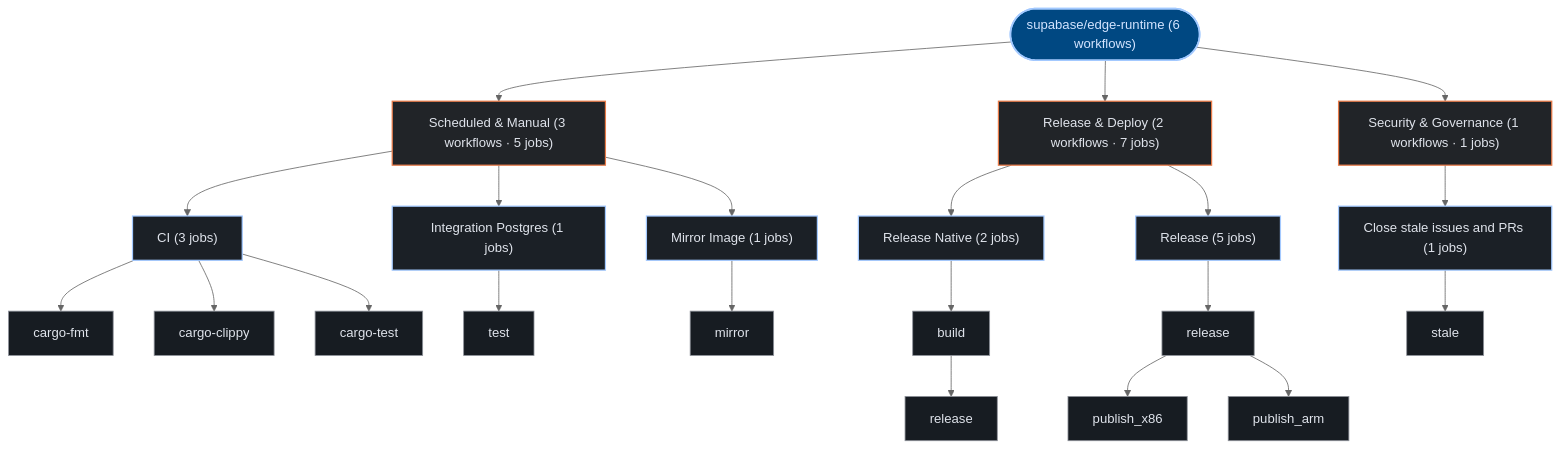
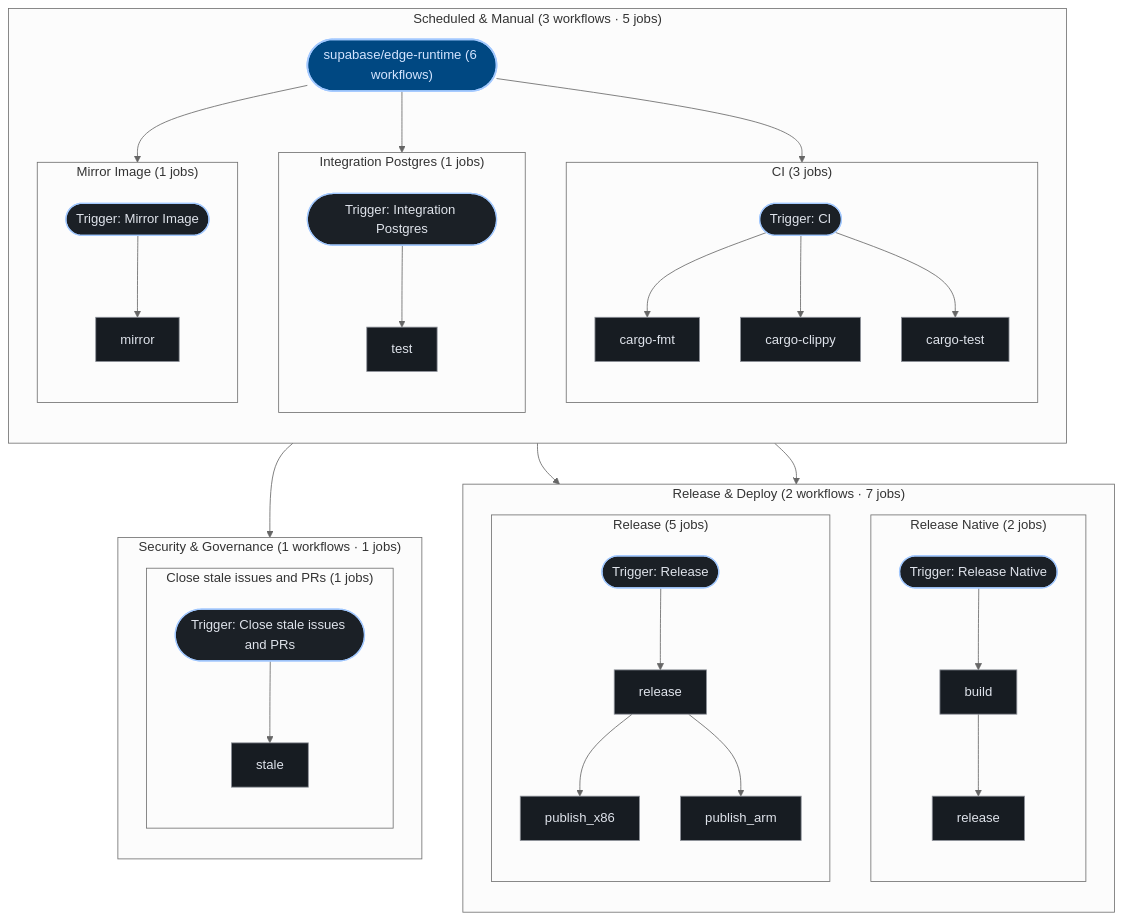
Before and after one commit to kumarshaz/atruss-code-atlas: the third of 3 diagrams in exports/latest/reports/supabase-edge-runtime-report.md, drawn with Mermaid (neutral theme). The commit also changed 181 other files, not shown here.

````diff
--- a/exports/latest/reports/supabase-edge-runtime-report.md
+++ b/exports/latest/reports/supabase-edge-runtime-report.md
@@ -292,51 +292,72 @@
 ```mermaid
 graph TD;
   classDef atlasRoot fill:#004882,stroke:#a3c9ff,stroke-width:2px,color:#d3e4ff
   classDef atlasCategory fill:#212428,stroke:#E87A48,stroke-width:1.5px,color:#dfe3eb
   classDef atlasWorkflow fill:#1b2026,stroke:#a3c9ff,stroke-width:1.5px,color:#dfe3eb
   classDef atlasJob fill:#171c22,stroke:#8d9199,stroke-width:1px,color:#dfe3eb
   classDef atlasTarget fill:#005227,stroke:#8bd99b,stroke-width:1.5px,color:#a7f6b6
   classDef atlasAlert fill:#93000a,stroke:#ffb4ab,stroke-width:1.5px,color:#ffdad6
   classDef atlasMore fill:#252a31,stroke:#8d9199,stroke-dasharray:4 4,color:#c3c6cf
   pipeline_root(["supabase/edge-runtime (6 workflows)"]):::atlasRoot
-  grp_0_Scheduled___Manual["Scheduled & Manual (3 workflows · 5 jobs)"]:::atlasCategory
-  pipeline_root --> grp_0_Scheduled___Manual
-  wf_0_CI["CI (3 jobs)"]:::atlasWorkflow
-  grp_0_Scheduled___Manual --> wf_0_CI
-  job_0_cargo_fmt["cargo-fmt"]:::atlasJob
-  job_0_cargo_clippy["cargo-clippy"]:::atlasJob
-  job_0_cargo_test["cargo-test"]:::atlasJob
-  wf_0_CI --> job_0_cargo_fmt
-  wf_0_CI --> job_0_cargo_clippy
-  wf_0_CI --> job_0_cargo_test
-  wf_1_Integration_Postgres["Integration Postgres (1 jobs)"]:::atlasWorkflow
-  grp_0_Scheduled___Manual --> wf_1_Integration_Postgres
-  job_1_test["test"]:::atlasJob
-  wf_1_Integration_Postgres --> job_1_test
-  wf_2_Mirror_Image["Mirror Image (1 jobs)"]:::atlasWorkflow
-  grp_0_Scheduled___Manual --> wf_2_Mirror_Image
-  job_2_mirror["mirror"]:::atlasJob
-  wf_2_Mirror_Image --> job_2_mirror
-  grp_1_Release___Deploy["Release & Deploy (2 workflows · 7 jobs)"]:::atlasCategory
-  pipeline_root --> grp_1_Release___Deploy
-  wf_3_Release_Native["Release Native (2 jobs)"]:::atlasWorkflow
-  grp_1_Release___Deploy --> wf_3_Release_Native
-  job_3_build["build"]:::atlasJob
-  job_3_release["release"]:::atlasJob
-  wf_3_Release_Native --> job_3_build
-  job_3_build --> job_3_release
-  wf_4_Release["Release (5 jobs)"]:::atlasWorkflow
-  grp_1_Release___Deploy --> wf_4_Release
-  job_4_release["release"]:::atlasJob
-  job_4_publish_x86["publish_x86"]:::atlasJob
-  job_4_publish_arm["publish_arm"]:::atlasJob
-  wf_4_Release --> job_4_release
-  job_4_release --> job_4_publish_x86
-  job_4_release --> job_4_publish_arm
-  grp_2_Security___Governance["Security & Governance (1 workflows · 1 jobs)"]:::atlasCategory
-  pipeline_root --> grp_2_Security___Governance
-  wf_5_Close_stale_issues_and_PRs["Close stale issues and PRs (1 jobs)"]:::atlasWorkflow
-  grp_2_Security___Governance --> wf_5_Close_stale_issues_and_PRs
-  job_5_stale["stale"]:::atlasJob
-  wf_5_Close_stale_issues_and_PRs --> job_5_stale
+  subgraph sg_grp_0_Scheduled___Manual["Scheduled & Manual (3 workflows · 5 jobs)"]
+    direction TB
+    subgraph sg_wf_0_CI["CI (3 jobs)"]
+      direction TB
+      wf_0_CI(["Trigger: CI"]):::atlasWorkflow
+      job_0_cargo_fmt["cargo-fmt"]:::atlasJob
+      job_0_cargo_clippy["cargo-clippy"]:::atlasJob
+      job_0_cargo_test["cargo-test"]:::atlasJob
+      wf_0_CI --> job_0_cargo_fmt
+      wf_0_CI --> job_0_cargo_clippy
+      wf_0_CI --> job_0_cargo_test
+    end
+    pipeline_root --> wf_0_CI
+    subgraph sg_wf_1_Integration_Postgres["Integration Postgres (1 jobs)"]
+      direction TB
+      wf_1_Integration_Postgres(["Trigger: Integration Postgres"]):::atlasWorkflow
+      job_1_test["test"]:::atlasJob
+      wf_1_Integration_Postgres --> job_1_test
+    end
+    pipeline_root --> wf_1_Integration_Postgres
+    subgraph sg_wf_2_Mirror_Image["Mirror Image (1 jobs)"]
+      direction TB
+      wf_2_Mirror_Image(["Trigger: Mirror Image"]):::atlasWorkflow
+      job_2_mirror["mirror"]:::atlasJob
+      wf_2_Mirror_Image --> job_2_mirror
+    end
+    pipeline_root --> wf_2_Mirror_Image
+  end
+  subgraph sg_grp_1_Release___Deploy["Release & Deploy (2 workflows · 7 jobs)"]
+    direction TB
+    subgraph sg_wf_3_Release_Native["Release Native (2 jobs)"]
+      direction TB
+      wf_3_Release_Native(["Trigger: Release Native"]):::atlasWorkflow
+      job_3_build["build"]:::atlasJob
+      job_3_release["release"]:::atlasJob
+      wf_3_Release_Native --> job_3_build
+      job_3_build --> job_3_release
+    end
+    pipeline_root --> wf_3_Release_Native
+    subgraph sg_wf_4_Release["Release (5 jobs)"]
+      direction TB
+      wf_4_Release(["Trigger: Release"]):::atlasWorkflow
+      job_4_release["release"]:::atlasJob
+      job_4_publish_x86["publish_x86"]:::atlasJob
+      job_4_publish_arm["publish_arm"]:::atlasJob
+      wf_4_Release --> job_4_release
+      job_4_release --> job_4_publish_x86
+      job_4_release --> job_4_publish_arm
+    end
+    pipeline_root --> wf_4_Release
+  end
+  subgraph sg_grp_2_Security___Governance["Security & Governance (1 workflows · 1 jobs)"]
+    direction TB
+    subgraph sg_wf_5_Close_stale_issues_and_PRs["Close stale issues and PRs (1 jobs)"]
+      direction TB
+      wf_5_Close_stale_issues_and_PRs(["Trigger: Close stale issues and PRs"]):::atlasWorkflow
+      job_5_stale["stale"]:::atlasJob
+      wf_5_Close_stale_issues_and_PRs --> job_5_stale
+    end
+    pipeline_root --> wf_5_Close_stale_issues_and_PRs
+  end
 ```
````
